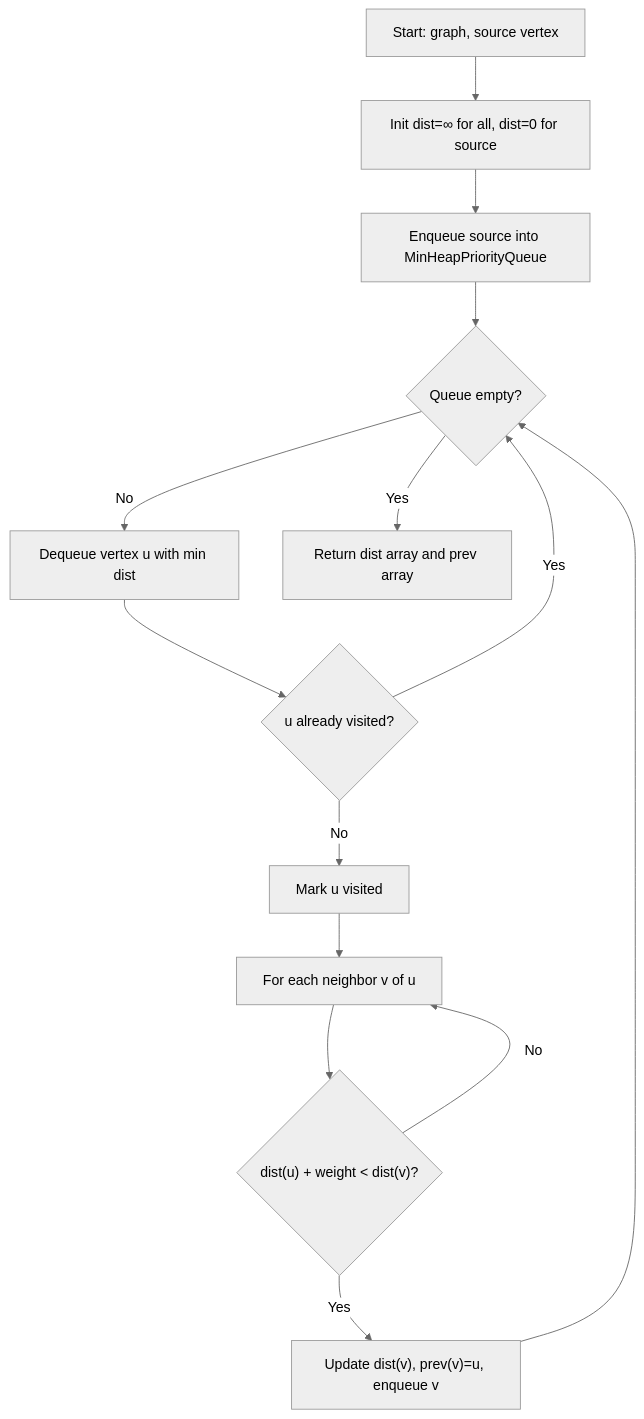
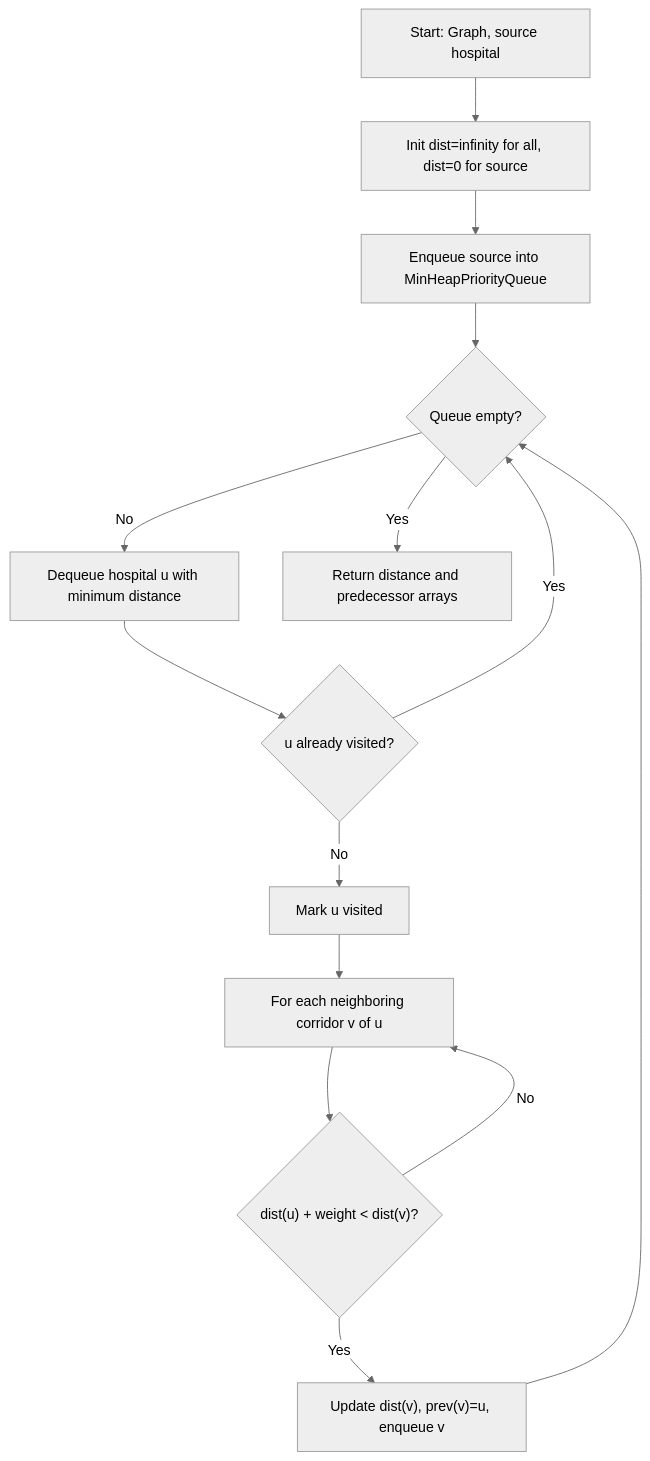
The second of 6 diagrams in docs/service-operations/flowcharts-pseudocode.md (Septagon-Systems/Hospital-Service-DSA), drawn with Mermaid (neutral theme) before and after one commit. The commit also changed other lines of this file and 1 other file, not shown here.

Commit message:
docs(flowcharts): expand pseudocode to cover all 12 data structures and multi-queue dispatch

````diff
--- a/docs/service-operations/flowcharts-pseudocode.md
+++ b/docs/service-operations/flowcharts-pseudocode.md
@@ -125,16 +126,16 @@
 ```mermaid
 flowchart TD
-    A[Start: graph, source vertex] --> B[Init dist=∞ for all, dist=0 for source]
+    A[Start: Graph, source hospital] --> B[Init dist=infinity for all, dist=0 for source]
     B --> C[Enqueue source into MinHeapPriorityQueue]
     C --> D{Queue empty?}
-    D -- No --> E[Dequeue vertex u with min dist]
+    D -- No --> E[Dequeue hospital u with minimum distance]
     E --> F{u already visited?}
     F -- Yes --> D
     F -- No --> G[Mark u visited]
-    G --> H[For each neighbor v of u]
+    G --> H[For each neighboring corridor v of u]
     H --> I{"dist(u) + weight < dist(v)?"}
     I -- Yes --> J["Update dist(v), prev(v)=u, enqueue v"]
     I -- No --> H
     J --> D
-    D -- Yes --> K[Return dist array and prev array]
+    D -- Yes --> K[Return distance and predecessor arrays]
 ```
````
